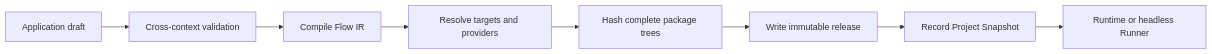
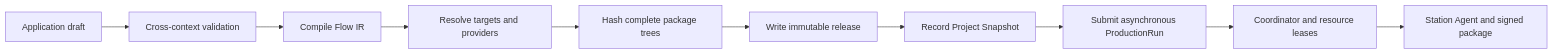
The second of 2 diagrams in docs/composable-building-block-architecture.md (hjqcan/openlineops), drawn with Mermaid before and after one commit. The commit also changed other lines of this file and 465 other files, not shown here.

````diff
--- a/docs/composable-building-block-architecture.md
+++ b/docs/composable-building-block-architecture.md
@@ -222,10 +243,12 @@
 ```mermaid
 flowchart LR
   Draft["Application draft"] --> Validate["Cross-context validation"]
   Validate --> Compile["Compile Flow IR"]
   Compile --> Resolve["Resolve targets and providers"]
   Resolve --> Lock["Hash complete package trees"]
   Lock --> Freeze["Write immutable release"]
   Freeze --> Snapshot["Record Project Snapshot"]
-  Snapshot --> Runner["Runtime or headless Runner"]
+  Snapshot --> Submit["Submit asynchronous ProductionRun"]
+  Submit --> Coordinator["Coordinator and resource leases"]
+  Coordinator --> Agent["Station Agent and signed package"]
 ```
````
